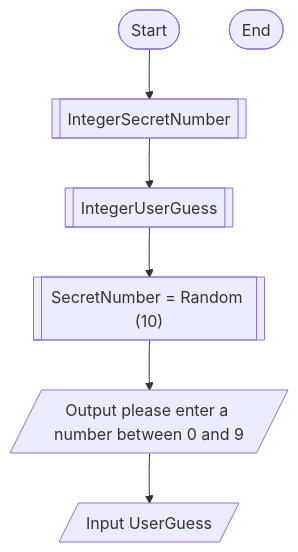
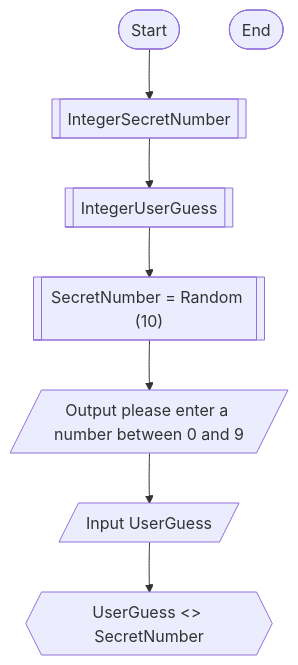
Before and after one commit to njedwards1872/njedwards1872.github.io: the diagram in Guessing.md, drawn with Mermaid.

````diff
--- a/Guessing.md
+++ b/Guessing.md
@@ -1,14 +1,16 @@
 ```mermaid
 flowchart TD
  Start([Start]) --> 
     A@{ shape: subproc, label: "IntegerSecretNumber" } -->
     B@{ shape: subproc, label: "IntegerUserGuess" } -->
     C@{ shape: subproc, label: "SecretNumber = Random (10)" } --> 
     D@{ shape: lean-r, label: "Output please enter a number between 0 and 9" } -->
-    E@{ shape: lean-r, label: "Input UserGuess" }
+    E@{ shape: lean-r, label: "Input UserGuess" } -->
+    F@{ shape: hex, label: "UserGuess <> SecretNumber" }
+
 
 
 
 
  End([End])
 ```
````
